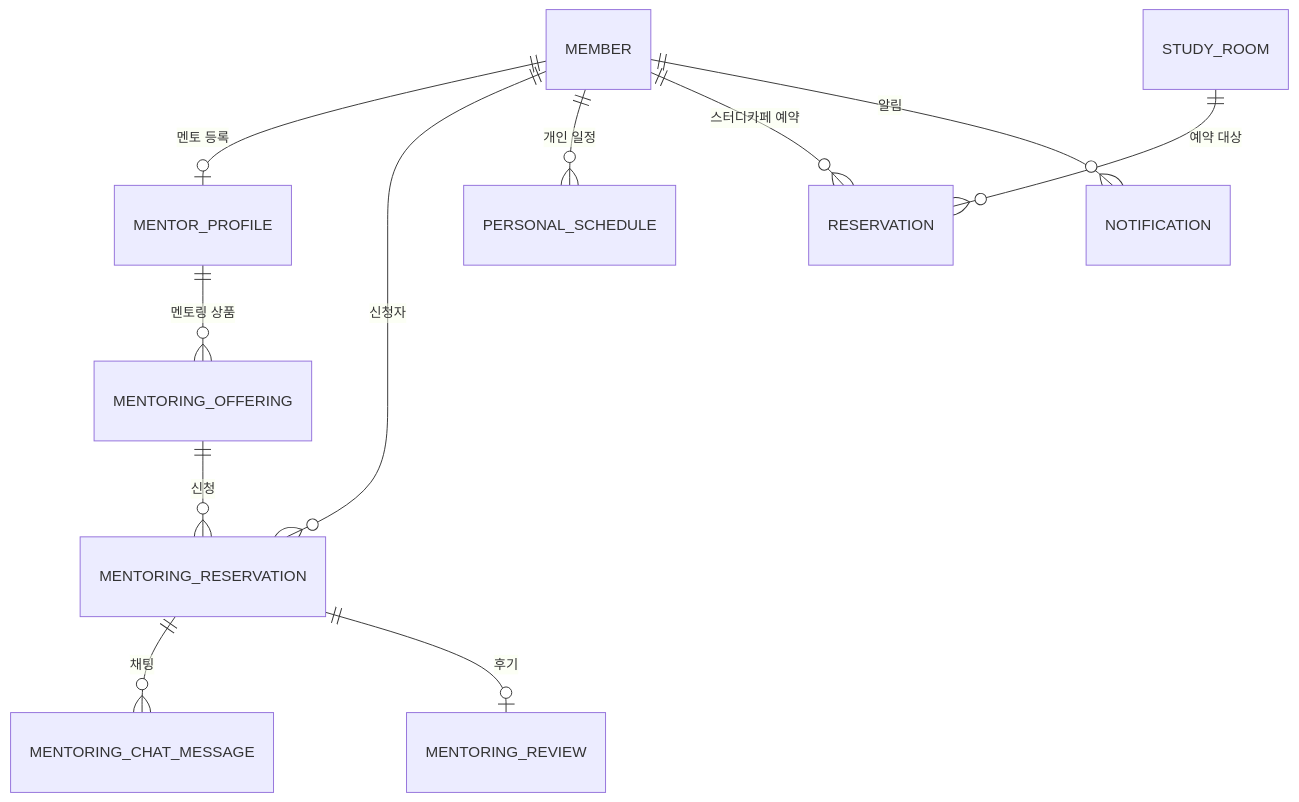
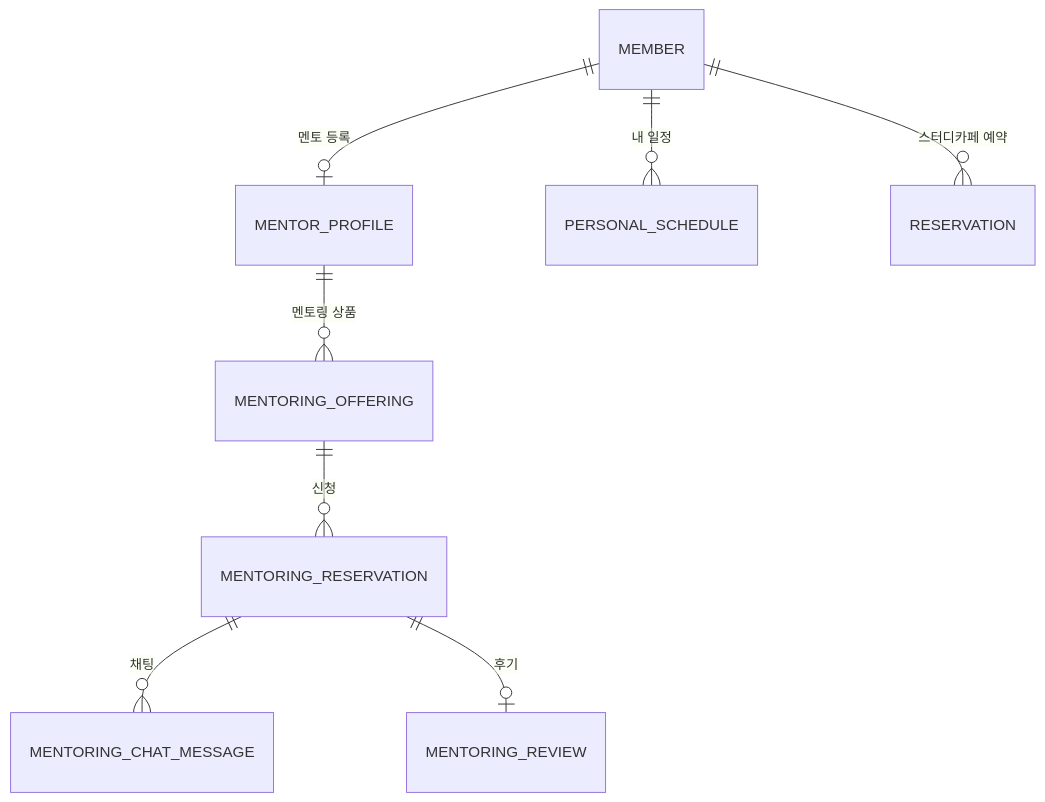
Before and after one commit to NullTTa/easys: the second of 2 diagrams in docs/ARCHITECTURE.md, drawn with Mermaid. The commit also changed other lines of this file and 4 other files, not shown here.

````diff
--- a/docs/ARCHITECTURE.md
+++ b/docs/ARCHITECTURE.md
@@ -50,13 +68,10 @@
 ```mermaid
 erDiagram
     MEMBER ||--o| MENTOR_PROFILE : "멘토 등록"
     MENTOR_PROFILE ||--o{ MENTORING_OFFERING : "멘토링 상품"
     MENTORING_OFFERING ||--o{ MENTORING_RESERVATION : "신청"
-    MEMBER ||--o{ MENTORING_RESERVATION : "신청자"
     MENTORING_RESERVATION ||--o{ MENTORING_CHAT_MESSAGE : "채팅"
     MENTORING_RESERVATION ||--o| MENTORING_REVIEW : "후기"
-    MEMBER ||--o{ PERSONAL_SCHEDULE : "개인 일정"
+    MEMBER ||--o{ PERSONAL_SCHEDULE : "내 일정"
     MEMBER ||--o{ RESERVATION : "스터디카페 예약"
-    STUDY_ROOM ||--o{ RESERVATION : "예약 대상"
-    MEMBER ||--o{ NOTIFICATION : "알림"
 ```
````
